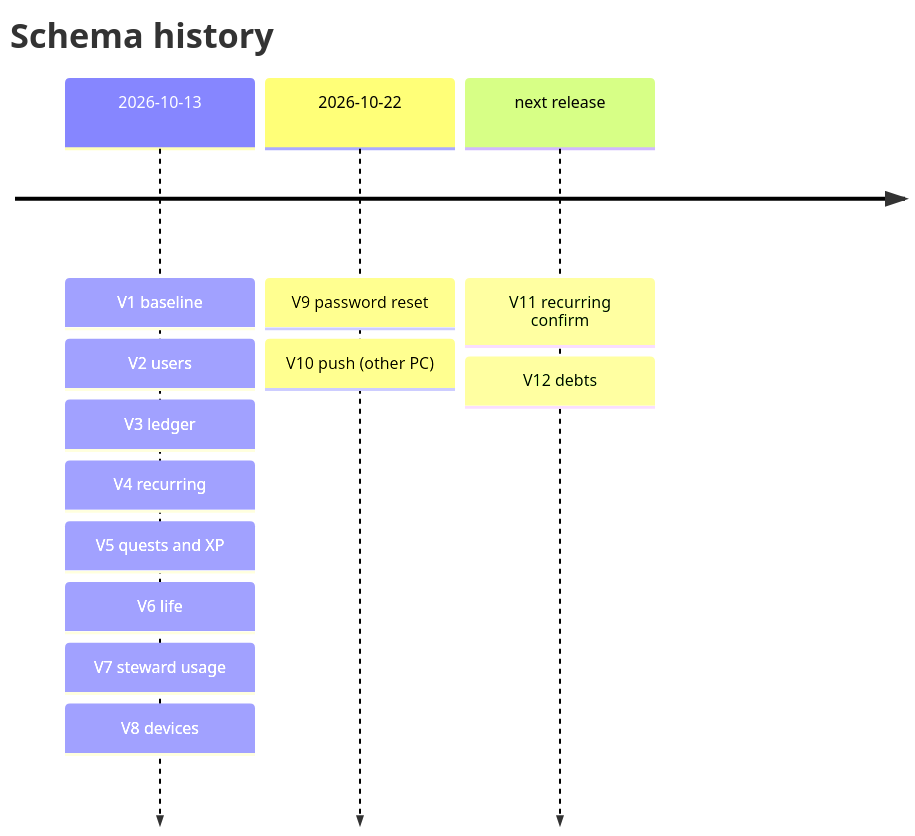
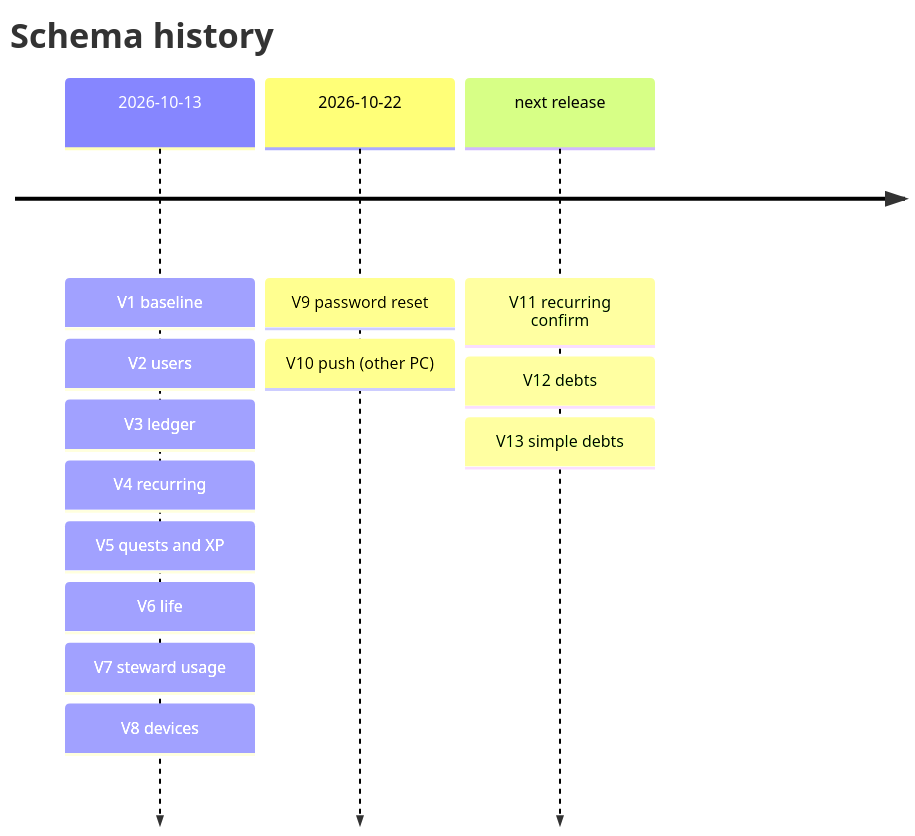
Before and after one commit to Morker/krugworld: the first of 6 diagrams in docs/DATABASE.md, drawn with Mermaid. The commit also changed other lines of this file and 26 other files, not shown here.

````diff
--- a/docs/DATABASE.md
+++ b/docs/DATABASE.md
@@ -40,7 +41,7 @@
 ```mermaid
 timeline
     title Schema history
     2026-10-13 : V1 baseline : V2 users : V3 ledger : V4 recurring : V5 quests and XP : V6 life : V7 steward usage : V8 devices
     2026-10-22 : V9 password reset : V10 push (other PC)
-    next release : V11 recurring confirm : V12 debts
+    next release : V11 recurring confirm : V12 debts : V13 simple debts
 ```
````
